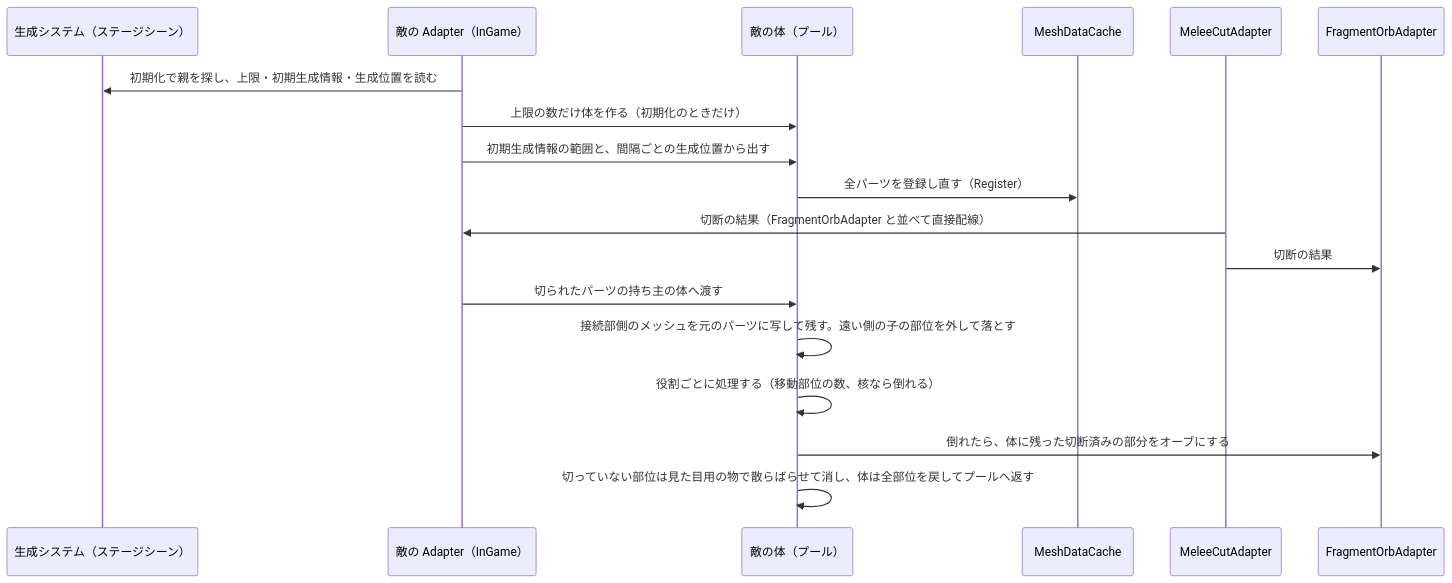
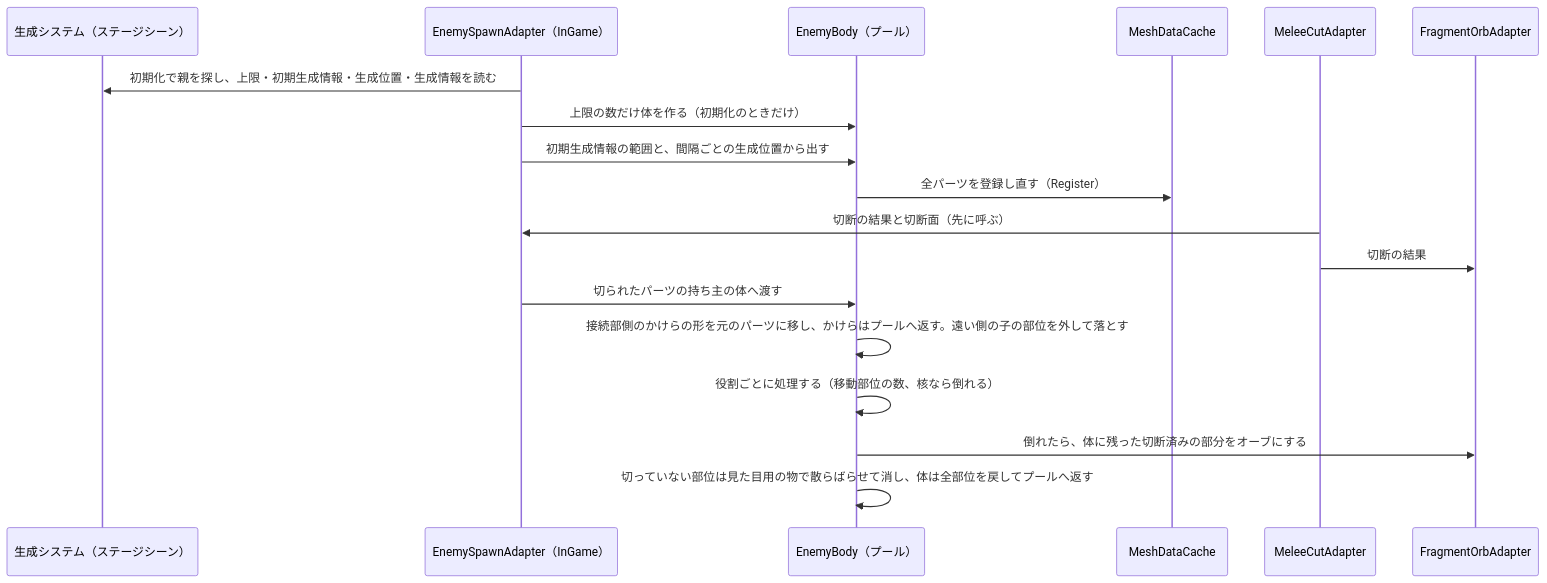
The diagram in Assets/Docs/InGame/Sections/Section04_Enemy.md (TaguchiRei/Kizami), drawn with Mermaid before and after one commit. The commit also changed other lines of this file and 3 other files, not shown here.

````diff
--- a/Assets/Docs/InGame/Sections/Section04_Enemy.md
+++ b/Assets/Docs/InGame/Sections/Section04_Enemy.md
@@ -156,20 +169,20 @@
 ```mermaid
 sequenceDiagram
     participant G as 生成システム（ステージシーン）
-    participant S as 敵の Adapter（InGame）
-    participant B as 敵の体（プール）
+    participant S as EnemySpawnAdapter（InGame）
+    participant B as EnemyBody（プール）
     participant C as MeshDataCache
     participant M as MeleeCutAdapter
     participant F as FragmentOrbAdapter
-    S->>G: 初期化で親を探し、上限・初期生成情報・生成位置を読む
+    S->>G: 初期化で親を探し、上限・初期生成情報・生成位置・生成情報を読む
     S->>B: 上限の数だけ体を作る（初期化のときだけ）
     S->>B: 初期生成情報の範囲と、間隔ごとの生成位置から出す
     B->>C: 全パーツを登録し直す（Register）
-    M->>S: 切断の結果（FragmentOrbAdapter と並べて直接配線）
+    M->>S: 切断の結果と切断面（先に呼ぶ）
     M->>F: 切断の結果
     S->>B: 切られたパーツの持ち主の体へ渡す
-    B->>B: 接続部側のメッシュを元のパーツに写して残す。遠い側の子の部位を外して落とす
+    B->>B: 接続部側のかけらの形を元のパーツに移し、かけらはプールへ返す。遠い側の子の部位を外して落とす
     B->>B: 役割ごとに処理する（移動部位の数、核なら倒れる）
     B->>F: 倒れたら、体に残った切断済みの部分をオーブにする
     B->>B: 切っていない部位は見た目用の物で散らばらせて消し、体は全部位を戻してプールへ返す
 ```
````
